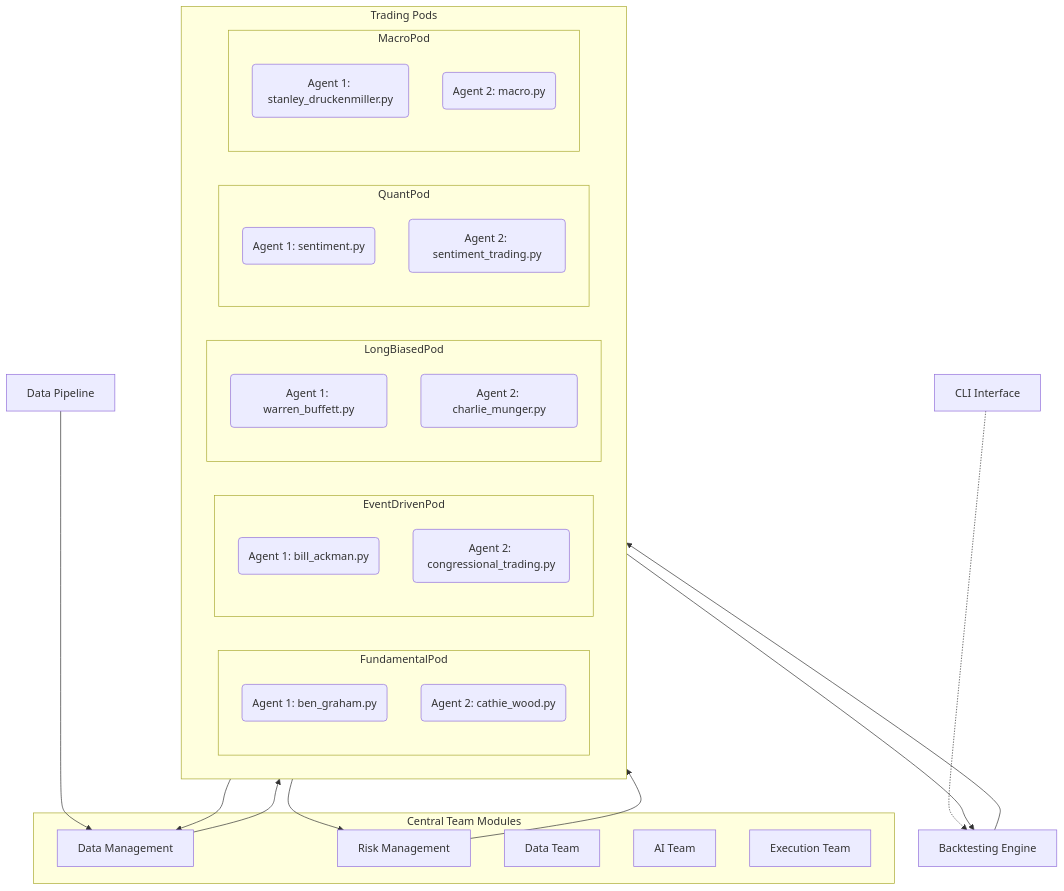
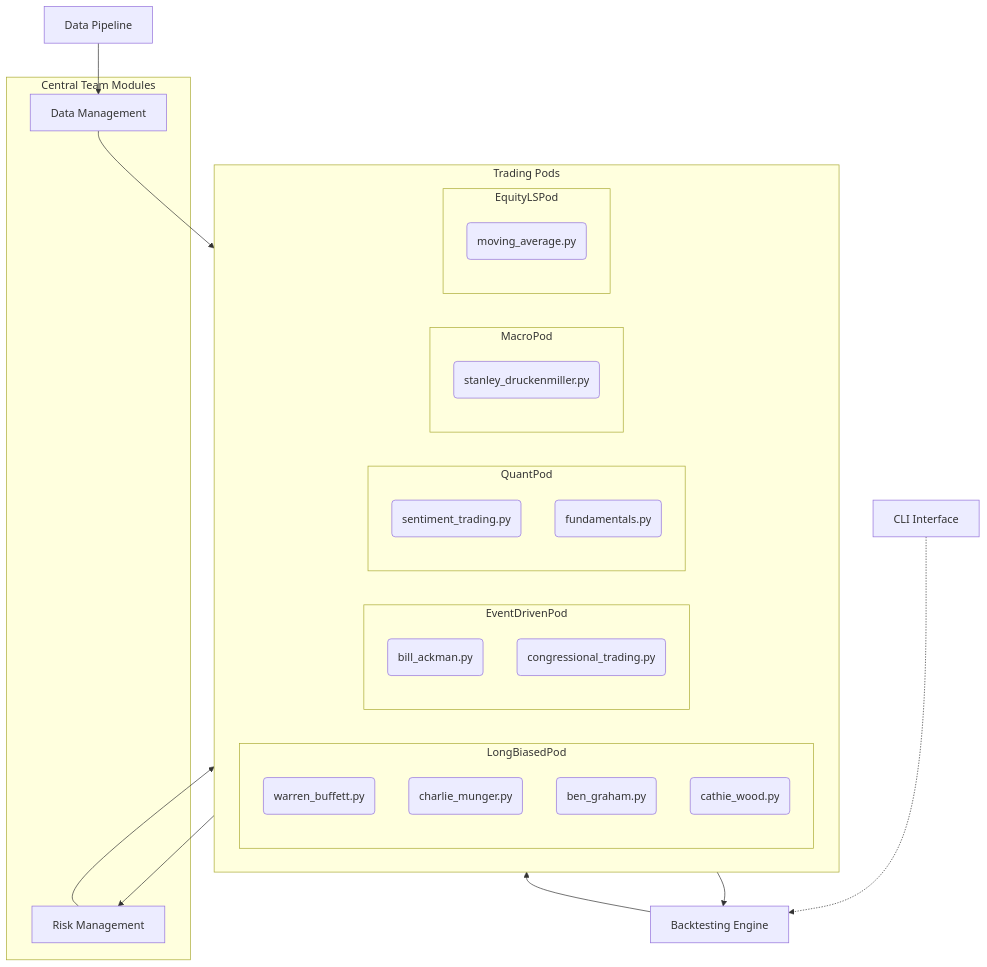
The diagram in README.md (LLMQuant/Magents), drawn with Mermaid before and after one commit. The commit also changed other lines of this file and 16 other files, not shown here.

````diff
--- a/README.md
+++ b/README.md
@@ -10,54 +15,43 @@
 ```mermaid
 flowchart TD
-
-    %% === DATA PIPELINE & MANAGEMENT ===
     DP[Data Pipeline] --> DM[Data Management]
 
     subgraph CentralTeam [Central Team Modules]
         DM
         RM[Risk Management]
-        DAT[Data Team]
-        AIT[AI Team]
-        EXE[Execution Team]
     end
 
-    %% === TRADING PODS ===
     subgraph Pods [Trading Pods]
-        
-        subgraph FundamentalPod
-            F1(Agent 1: ben_graham.py)
-            F2(Agent 2: cathie_wood.py)
+        subgraph LongBiasedPod
+            L1(warren_buffett.py)
+            L2(charlie_munger.py)
+            L3(ben_graham.py)
+            L4(cathie_wood.py)
         end
 
         subgraph EventDrivenPod
-            E1(Agent 1: bill_ackman.py)
-            E2(Agent 2: congressional_trading.py)
-        end
-
-        subgraph LongBiasedPod
-            L1(Agent 1: warren_buffett.py)
-            L2(Agent 2: charlie_munger.py)
+            E1(bill_ackman.py)
+            E2(congressional_trading.py)
         end
 
         subgraph QuantPod
-            Q1(Agent 1: sentiment.py)
-            Q2(Agent 2: sentiment_trading.py)
+            Q1(sentiment_trading.py)
+            Q2(fundamentals.py)
         end
 
         subgraph MacroPod
-            M1(Agent 1: stanley_druckenmiller.py)
-            M2(Agent 2: macro.py)
+            M1(stanley_druckenmiller.py)
+        end
+
+        subgraph EquityLSPod
+            ELS1(moving_average.py)
         end
     end
 
-    %% === INTERACTIONS ===
     DM --> Pods
-    Pods --> DM
     Pods --> RM
     RM --> Pods
     Pods --> BE[Backtesting Engine]
     BE --> Pods
-
-    %% === CLI INTERFACE ===
     CLI[CLI Interface] -.-> BE
 ```
````
